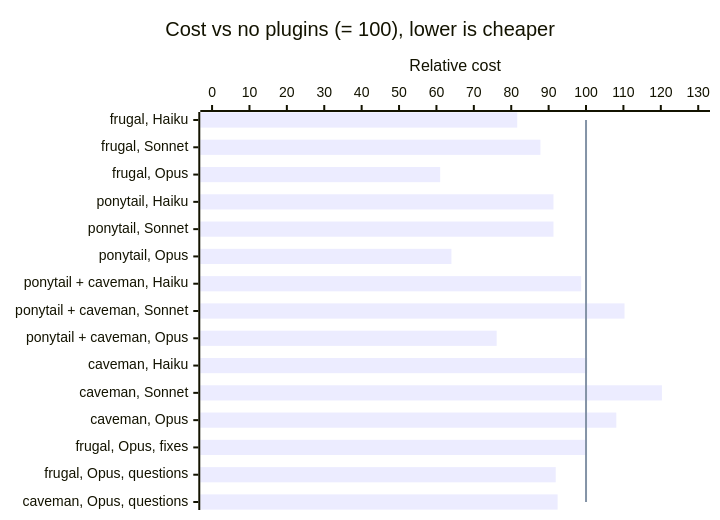
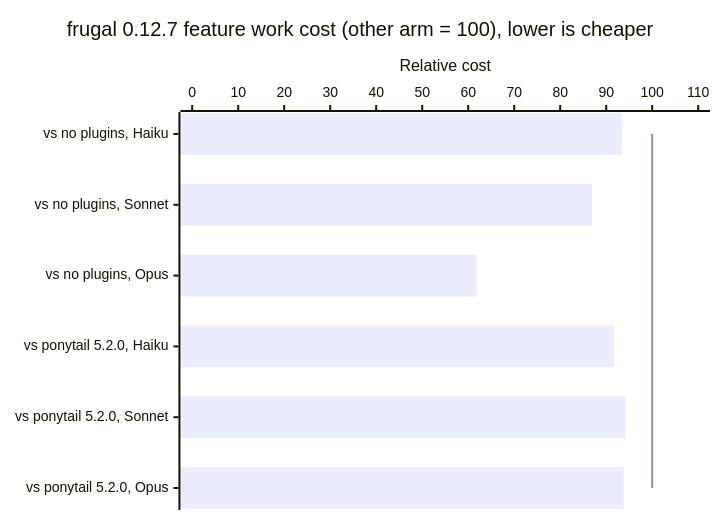
Before and after one commit to CroaBeast/frugal: the diagram in README.md, drawn with Mermaid. The commit also changed other lines of this file and 3 other files, not shown here.

Commit message:
docs: add bench.py and caveman eval results on haiku and sonnet and refresh the readme chart

````diff
--- a/README.md
+++ b/README.md
@@ -111,8 +111,8 @@
 ```mermaid
 xychart-beta horizontal
-    title "Cost vs no plugins (= 100), lower is cheaper"
-    x-axis ["frugal, Haiku", "frugal, Sonnet", "frugal, Opus", "ponytail, Haiku", "ponytail, Sonnet", "ponytail, Opus", "ponytail + caveman, Haiku", "ponytail + caveman, Sonnet", "ponytail + caveman, Opus", "caveman, Haiku", "caveman, Sonnet", "caveman, Opus", "frugal, Opus, fixes", "frugal, Opus, questions", "caveman, Opus, questions"]
-    y-axis "Relative cost" 0 --> 130
-    bar [81.6, 87.8, 61.0, 91.3, 91.3, 64.0, 98.7, 110.3, 76.1, 100.3, 120.3, 108.1, 100.1, 91.9, 92.4]
-    line [100, 100, 100, 100, 100, 100, 100, 100, 100, 100, 100, 100, 100, 100, 100]
+    title "frugal 0.12.7 feature work cost (other arm = 100), lower is cheaper"
+    x-axis ["vs no plugins, Haiku", "vs no plugins, Sonnet", "vs no plugins, Opus", "vs ponytail 5.2.0, Haiku", "vs ponytail 5.2.0, Sonnet", "vs ponytail 5.2.0, Opus"]
+    y-axis "Relative cost" 0 --> 110
+    bar [93.4, 86.9, 61.8, 91.7, 94.2, 93.8]
+    line [100, 100, 100, 100, 100, 100]
 ```
````
